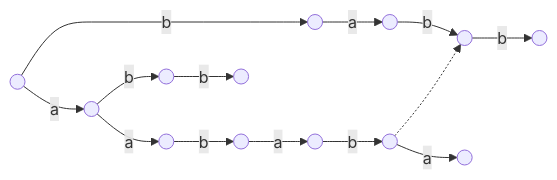
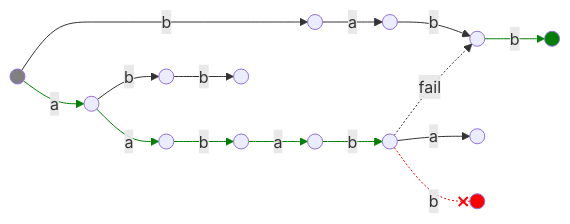
One commit to IronMachine4/IronMachine4.github.io changed the fifth of 6 diagrams in docs/algo/string/ac-automaton.md. Above: the diagram before and after it, drawn with Mermaid. The commit also changed other lines of this file, not shown here.

Commit message:
update 20260412 23:41 (upd ac-automaton)

````diff
--- a/docs/algo/string/ac-automaton.md
+++ b/docs/algo/string/ac-automaton.md
@@ -142,16 +152,23 @@
-```mermaid
-graph LR
-0(( )) --> |b| b(( ))
-b --> |a| ba(( ))
-ba --> |b| bab(( ))
-bab --> |b| babb(( ))
-0 --> |a| a(( ))
-a --> |a| aa(( ))
-aa --> |b| aab(( ))
-aab --> |a| aaba(( ))
-aaba --> |b| aabab(( ))
-aabab --> |a| aababa(( ))
-a --> |b| ab(( ))
-ab --> |b| abb(( ))
-aabab -.-> bab
-```
+    ```mermaid
+    graph LR
+    0(( )) --> |b| b(( ))
+    b --> |a| ba(( ))
+    ba --> |b| bab(( ))
+    bab --> |b| babb(( ))
+    0 --> |a| a(( ))
+    a --> |a| aa(( ))
+    aa --> |b| aab(( ))
+    aab --> |a| aaba(( ))
+    aaba --> |b| aabab(( ))
+    aabab --> |a| aababa(( ))
+    a --> |b| ab(( ))
+    ab --> |b| abb(( ))
+    aabab -.-> |fail| bab
+    linkStyle 4,5,6,7,8 stroke:green
+    aabab -.-x |b| aababb(( ))
+    linkStyle 13 stroke:red
+    style aababb fill:red
+    linkStyle 3 stroke:green
+    style babb fill:green
+    style 0 fill:grey
+    ```
````
